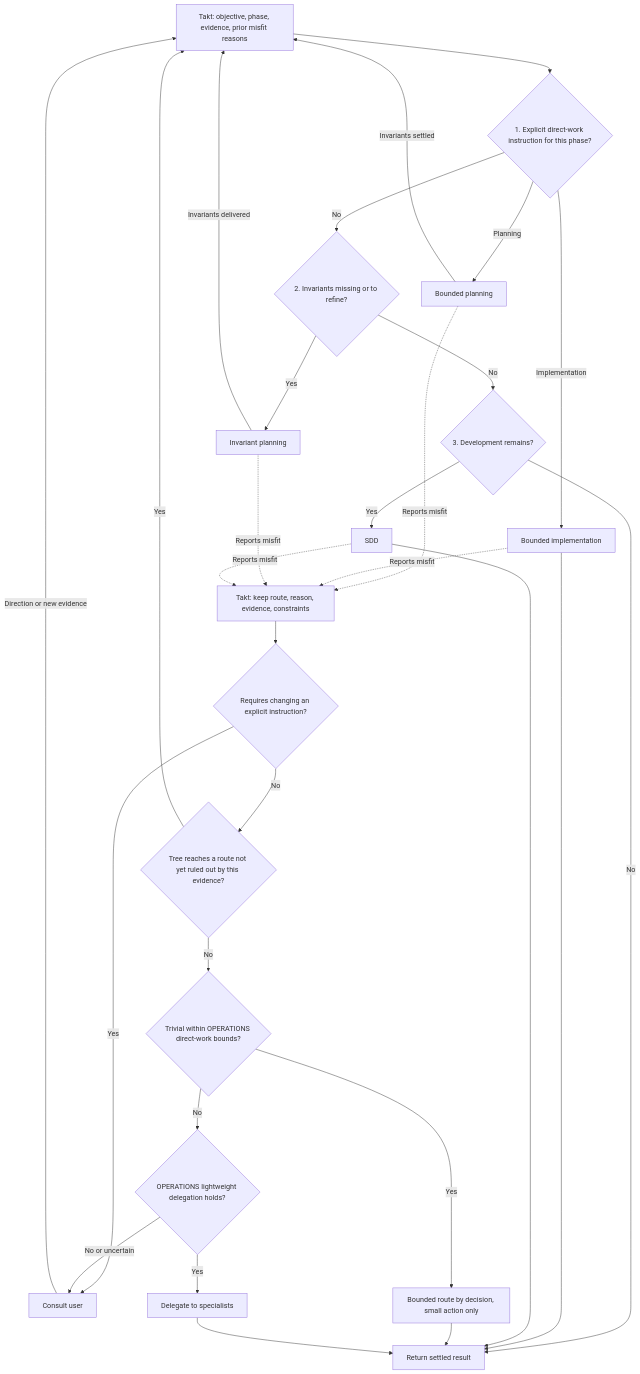
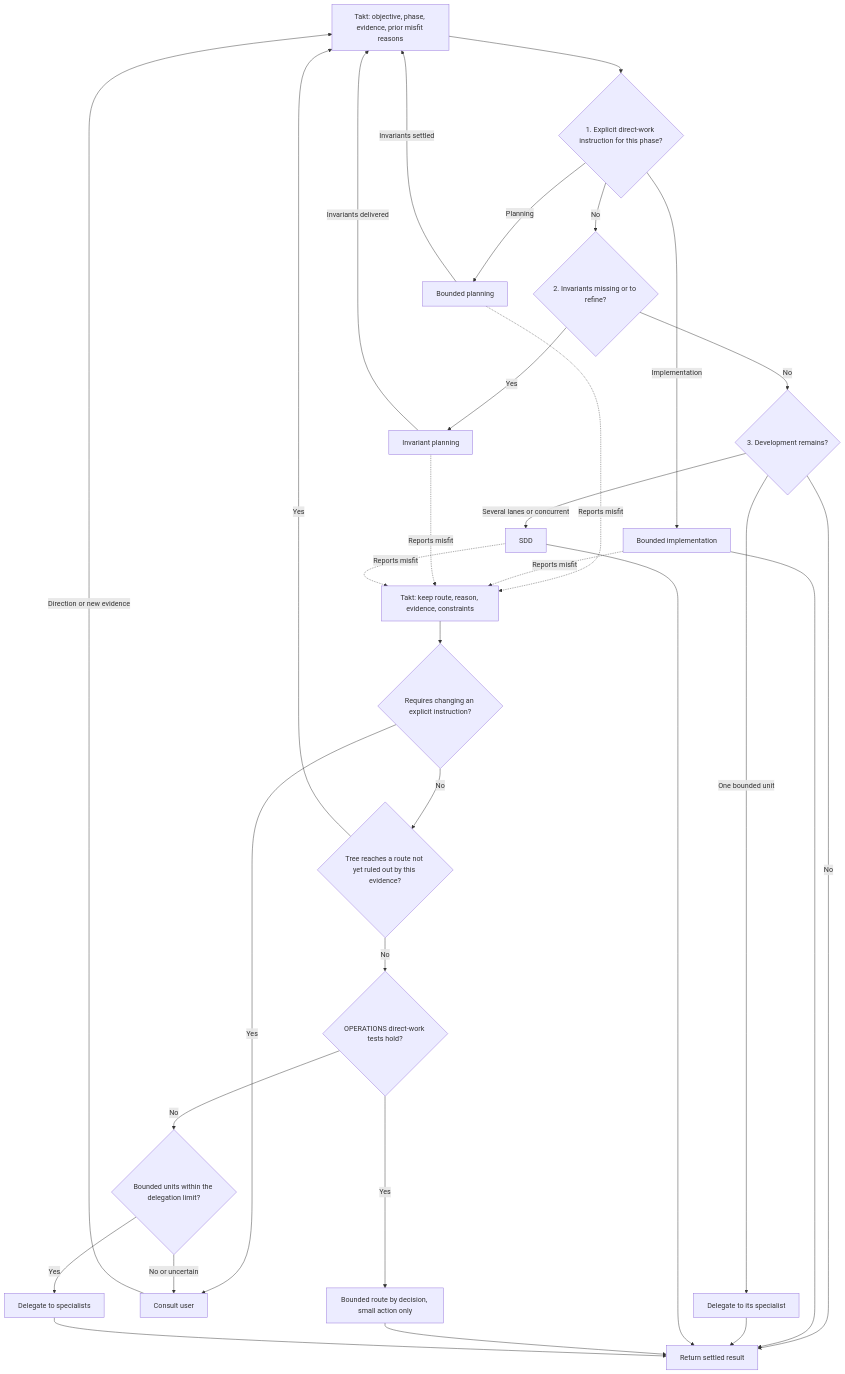
One commit to rou-cru/takt-ai changed the diagram in product/meta-harness/orchestration/WORKFLOW_SELECTION.md. Above: the diagram before and after it, drawn with Mermaid. The commit also changed other lines of this file and 4 other files, not shown here.

````diff
--- a/product/meta-harness/orchestration/WORKFLOW_SELECTION.md
+++ b/product/meta-harness/orchestration/WORKFLOW_SELECTION.md
@@ -33,34 +33,36 @@
 ```mermaid
 flowchart TD
     Start["Takt: objective, phase, evidence, prior misfit reasons"] --> Order{"1. Explicit direct-work instruction for this phase?"}
     Order -->|Planning| BP["Bounded planning"]
     Order -->|Implementation| BW["Bounded implementation"]
     Order -->|No| Gaps{"2. Invariants missing or to refine?"}
     Gaps -->|Yes| IP["Invariant planning"]
     Gaps -->|No| Dev{"3. Development remains?"}
-    Dev -->|Yes| SDD["SDD"]
+    Dev -->|One bounded unit| Unit["Delegate to its specialist"]
+    Dev -->|Several lanes or concurrent| SDD["SDD"]
     Dev -->|No| Complete["Return settled result"]
 
     IP -->|Invariants delivered| Start
     BP -->|Invariants settled| Start
     BW --> Complete
+    Unit --> Complete
     SDD --> Complete
 
     BP -.->|Reports misfit| Return
     BW -.->|Reports misfit| Return
     IP -.->|Reports misfit| Return
     SDD -.->|Reports misfit| Return
 
     Return["Takt: keep route, reason, evidence, constraints"] --> Conflict{"Requires changing an explicit instruction?"}
     Conflict -->|Yes| Ask["Consult user"]
     Conflict -->|No| Fresh{"Tree reaches a route not yet ruled out by this evidence?"}
     Fresh -->|Yes| Start
-    Fresh -->|No| Trivial{"Trivial within OPERATIONS direct-work bounds?"}
+    Fresh -->|No| Trivial{"OPERATIONS direct-work tests hold?"}
     Trivial -->|Yes| Direct["Bounded route by decision, small action only"]
-    Trivial -->|No| Light{"OPERATIONS lightweight delegation holds?"}
+    Trivial -->|No| Light{"Bounded units within the delegation limit?"}
     Light -->|Yes| Specialists["Delegate to specialists"]
     Light -->|No or uncertain| Ask
     Ask -->|Direction or new evidence| Start
     Direct --> Complete
     Specialists --> Complete
 ```
````
